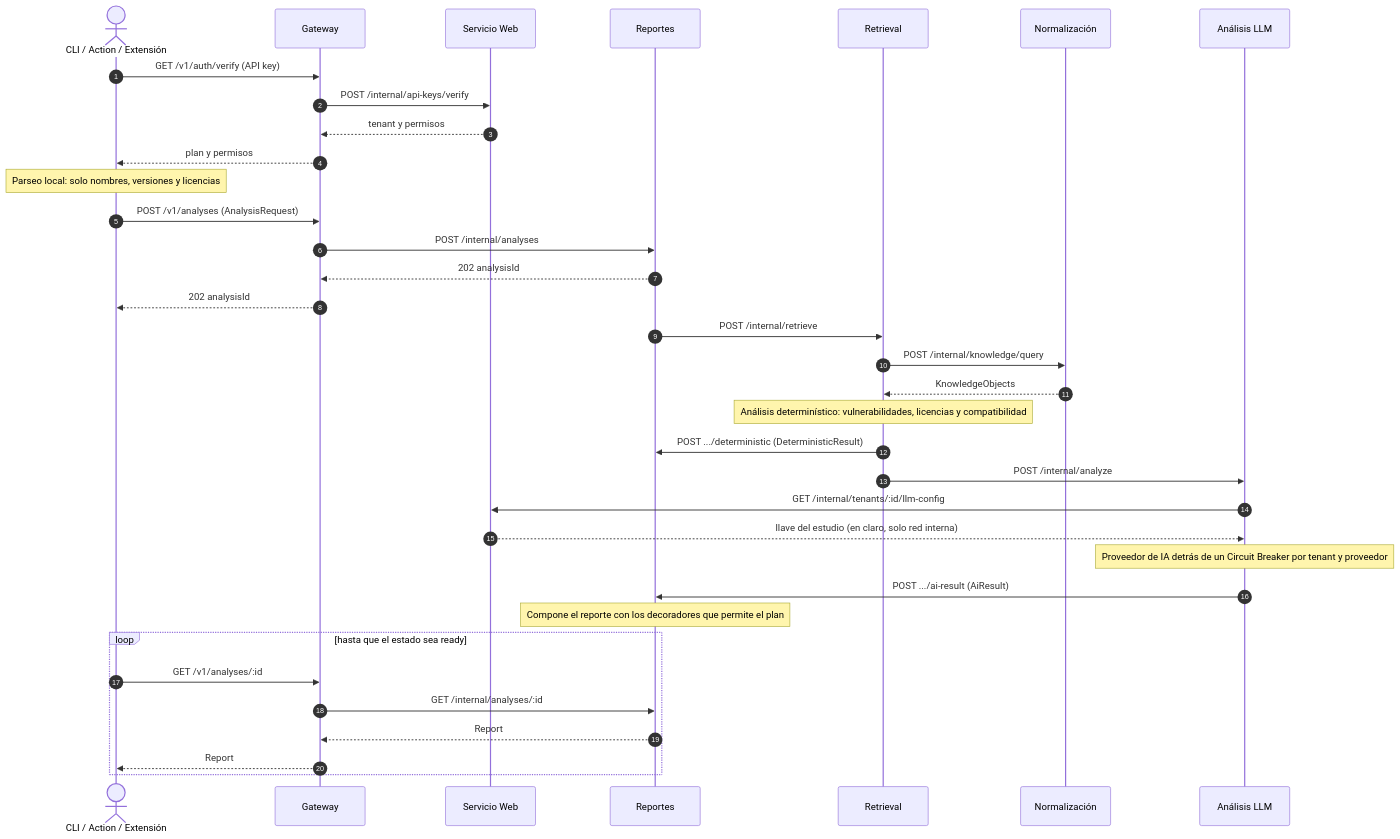
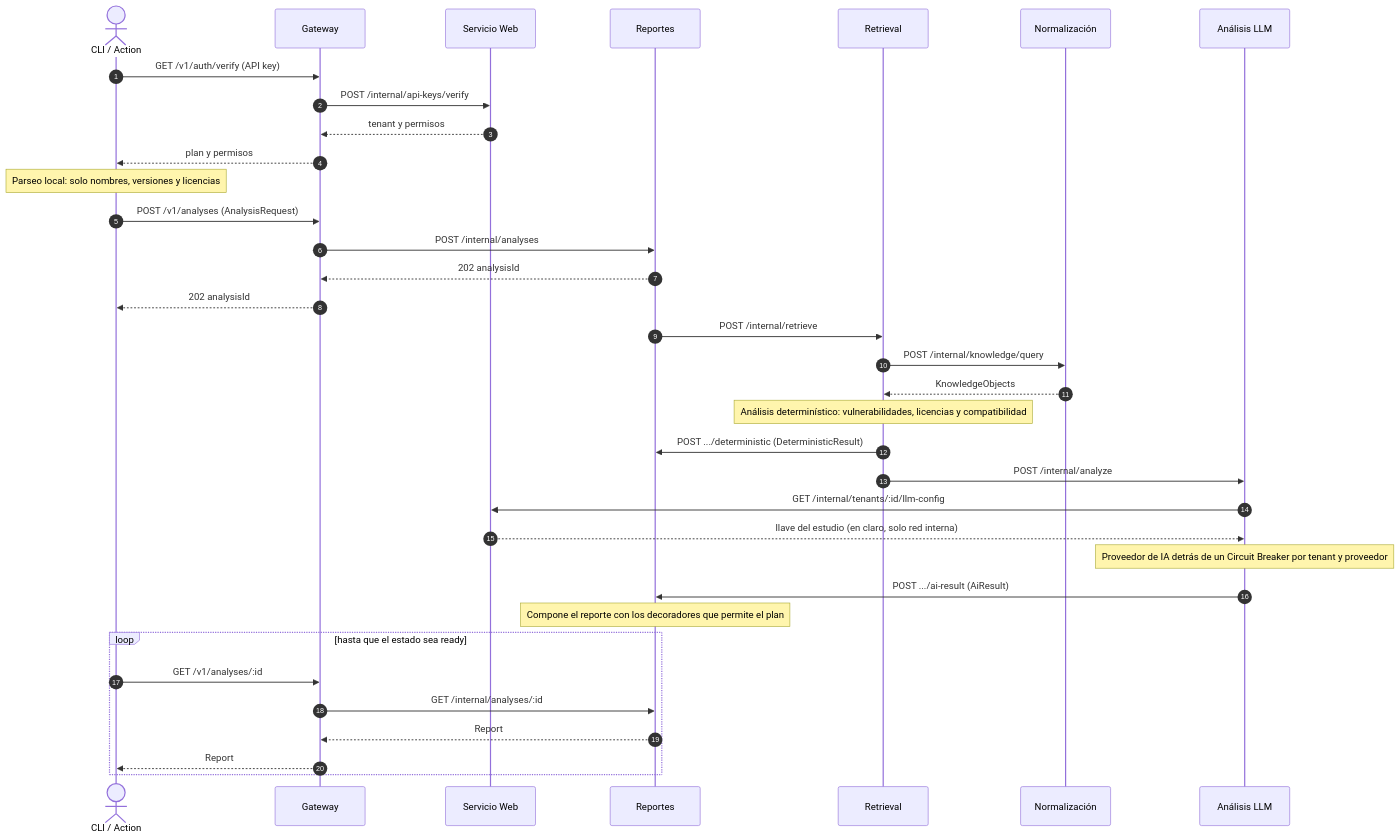
The first of 6 diagrams in docs/architecture/02-flujos.md (Bokter/Gyde), drawn with Mermaid before and after one commit. The commit also changed other lines of this file and 501 other files, not shown here.

````diff
--- a/docs/architecture/02-flujos.md
+++ b/docs/architecture/02-flujos.md
@@ -7,38 +7,38 @@
 ```mermaid
 sequenceDiagram
     autonumber
-    actor U as CLI / Action / Extensión
+    actor U as CLI / Action
     participant GW as Gateway
     participant WEB as Servicio Web
     participant REP as Reportes
     participant RET as Retrieval
     participant NORM as Normalización
     participant LLM as Análisis LLM
 
     U->>GW: GET /v1/auth/verify (API key)
     GW->>WEB: POST /internal/api-keys/verify
     WEB-->>GW: tenant y permisos
     GW-->>U: plan y permisos
     Note over U: Parseo local: solo nombres, versiones y licencias
     U->>GW: POST /v1/analyses (AnalysisRequest)
     GW->>REP: POST /internal/analyses
     REP-->>GW: 202 analysisId
     GW-->>U: 202 analysisId
     REP->>RET: POST /internal/retrieve
     RET->>NORM: POST /internal/knowledge/query
     NORM-->>RET: KnowledgeObjects
     Note over RET: Análisis determinístico: vulnerabilidades, licencias y compatibilidad
     RET->>REP: POST .../deterministic (DeterministicResult)
     RET->>LLM: POST /internal/analyze
     LLM->>WEB: GET /internal/tenants/:id/llm-config
     WEB-->>LLM: llave del estudio (en claro, solo red interna)
     Note over LLM: Proveedor de IA detrás de un Circuit Breaker por tenant y proveedor
     LLM->>REP: POST .../ai-result (AiResult)
     Note over REP: Compone el reporte con los decoradores que permite el plan
     loop hasta que el estado sea ready
         U->>GW: GET /v1/analyses/:id
         GW->>REP: GET /internal/analyses/:id
         REP-->>GW: Report
         GW-->>U: Report
     end
 ```
````
